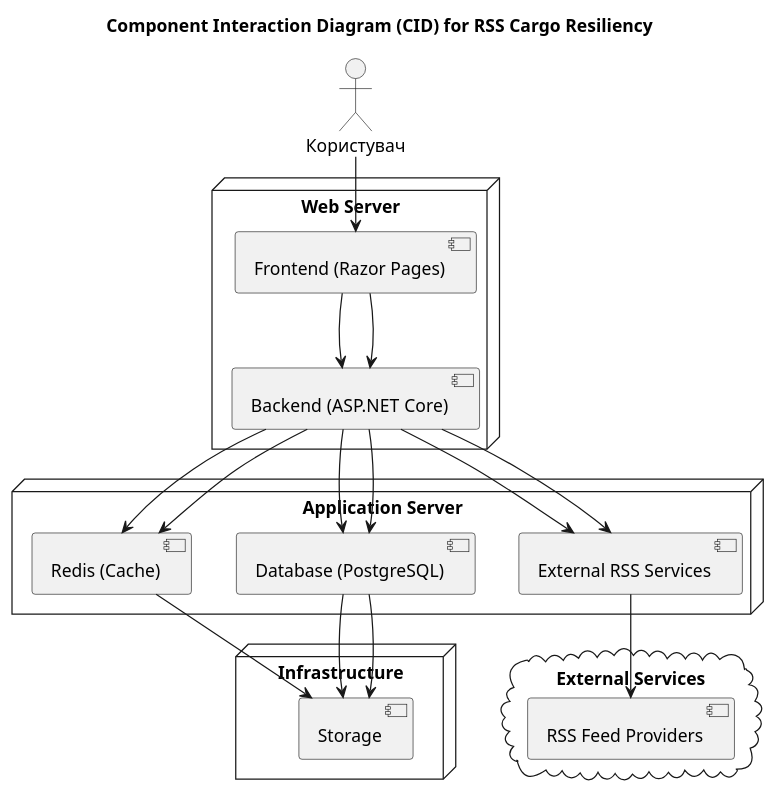
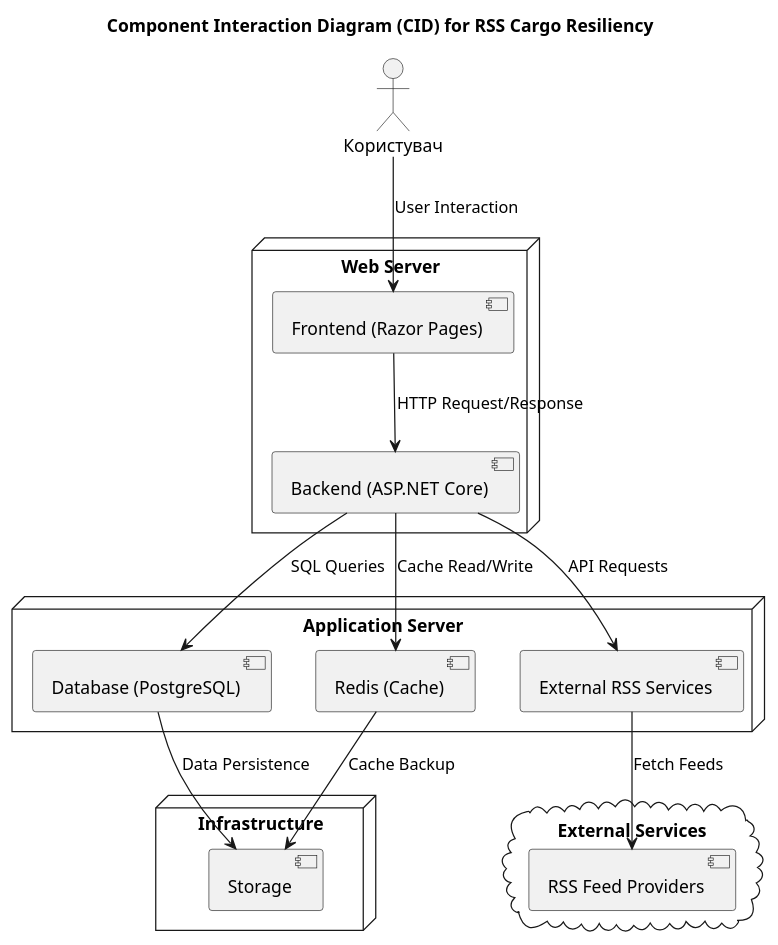
Before and after one commit to lnu-ami-projects/rss-cargo-ooa: the diagram in third_task/diagrams_code/cid.puml, drawn with PlantUML. The commit also changed 1 other file, not shown here.

Commit message:
Changed cid diagram

```diff
--- a/third_task/diagrams_code/cid.puml
+++ b/third_task/diagrams_code/cid.puml
@@ -1,27 +1,23 @@
 @startuml
 title Component Interaction Diagram (CID) for RSS Cargo Resiliency
 
 actor User as "Користувач"
 node "Web Server" as WebServer {
-  [Frontend (Razor Pages)] --> [Backend (ASP.NET Core)]
+  [Frontend (Razor Pages)] -down-> [Backend (ASP.NET Core)] : HTTP Request/Response
 }
 node "Application Server" as AppServer {
-  [Backend (ASP.NET Core)] --> [Database (PostgreSQL)]
-  [Backend (ASP.NET Core)] --> [Redis (Cache)]
-  [Backend (ASP.NET Core)] --> [External RSS Services]
+  [Backend (ASP.NET Core)] -down-> [Database (PostgreSQL)] : SQL Queries
+  [Backend (ASP.NET Core)] -down-> [Redis (Cache)] : Cache Read/Write
+  [Backend (ASP.NET Core)] -down-> [External RSS Services] : API Requests
 }
 node "Infrastructure" {
-  [Database (PostgreSQL)] --> [Storage]
-  [Redis (Cache)] --> [Storage]
+  [Database (PostgreSQL)] -down-> [Storage] : Data Persistence
+  [Redis (Cache)] -down-> [Storage] : Cache Backup
 }
 cloud "External Services" {
-  [External RSS Services] --> [RSS Feed Providers]
+  [External RSS Services] -down-> [RSS Feed Providers] : Fetch Feeds
 }
 
-User --> [Frontend (Razor Pages)]
-[Frontend (Razor Pages)] --> [Backend (ASP.NET Core)]
-[Backend (ASP.NET Core)] --> [Database (PostgreSQL)]
-[Backend (ASP.NET Core)] --> [Redis (Cache)]
-[Backend (ASP.NET Core)] --> [External RSS Services]
-[Database (PostgreSQL)] --> [Storage]
+User -down-> [Frontend (Razor Pages)] : User Interaction
+
 @enduml
```
